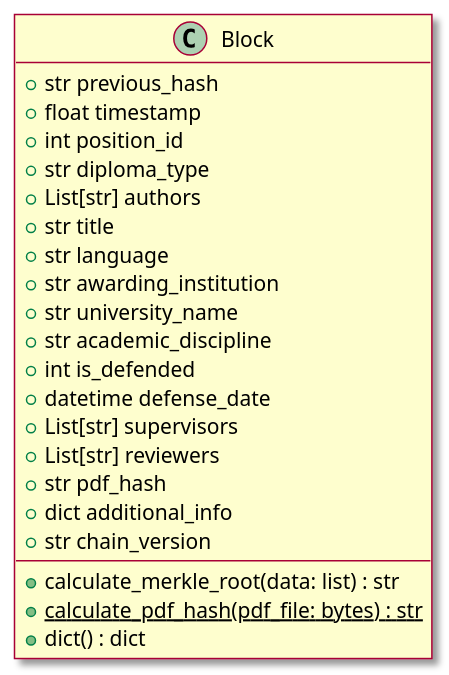
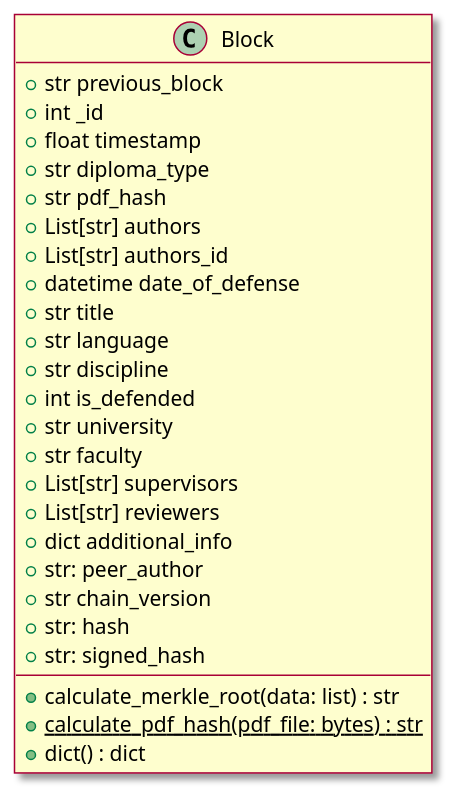
The diagram in docs/diagram_bloku.puml (WojciechSzade/dpachain), drawn with PlantUML before and after one commit. The commit also changed 33 other files, not shown here.

```diff
--- a/docs/diagram_bloku.puml
+++ b/docs/diagram_bloku.puml
@@ -1,28 +1,32 @@
 @startuml
 skin rose
 
 class Block {
-  +str previous_hash               
+  +str previous_block     
+  +int _id                 
   +float timestamp                 
-  +int position_id                 
   +str diploma_type                
+  +str pdf_hash                    
   +List[str] authors               
+  +List[str] authors_id       
+  +datetime date_of_defense
   +str title                       
-  +str language                    
-  +str awarding_institution        
-  +str university_name             
-  +str academic_discipline         
+  +str language            
+  +str discipline
   +int is_defended                
-  +datetime defense_date           
-  +List[str] supervisors           
-  +List[str] reviewers             
-  +str pdf_hash                    
-  +dict additional_info            
+  +str university
+  +str faculty
+  +List[str] supervisors
+  +List[str] reviewers           
+  +dict additional_info         
+  +str: peer_author
   +str chain_version               
+  +str: hash
+  +str: signed_hash
   --
   +calculate_merkle_root(data: list) : str
   +{static} calculate_pdf_hash(pdf_file: bytes) : str
   +dict() : dict
 }
 
 @enduml
```
